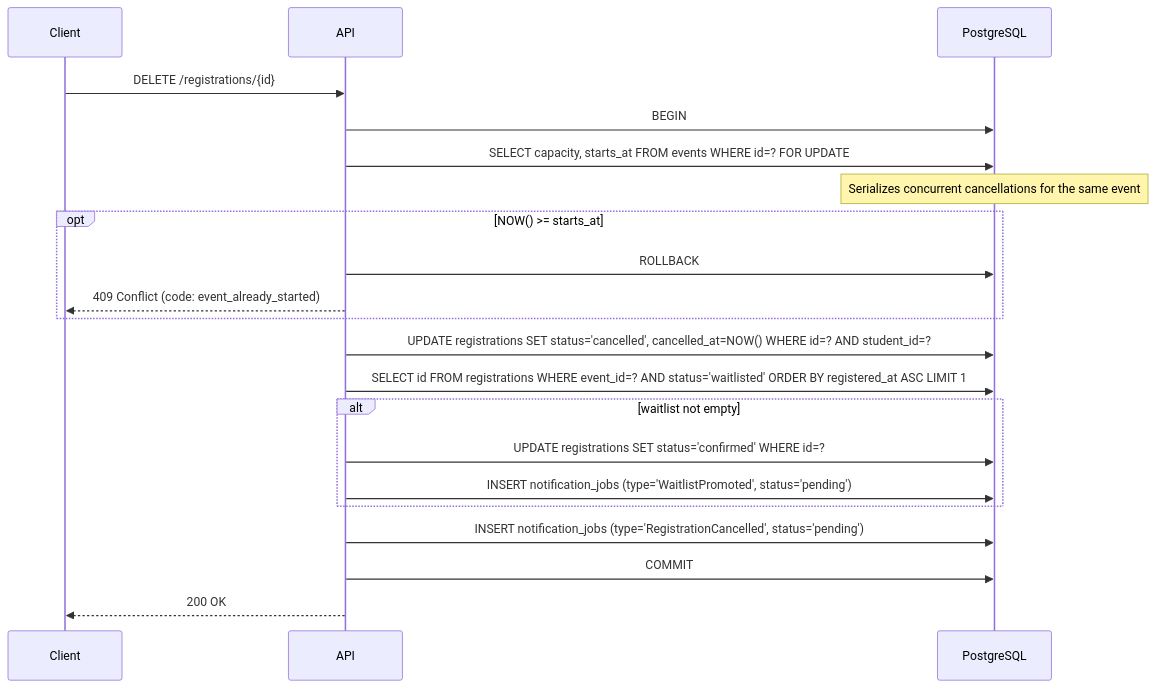
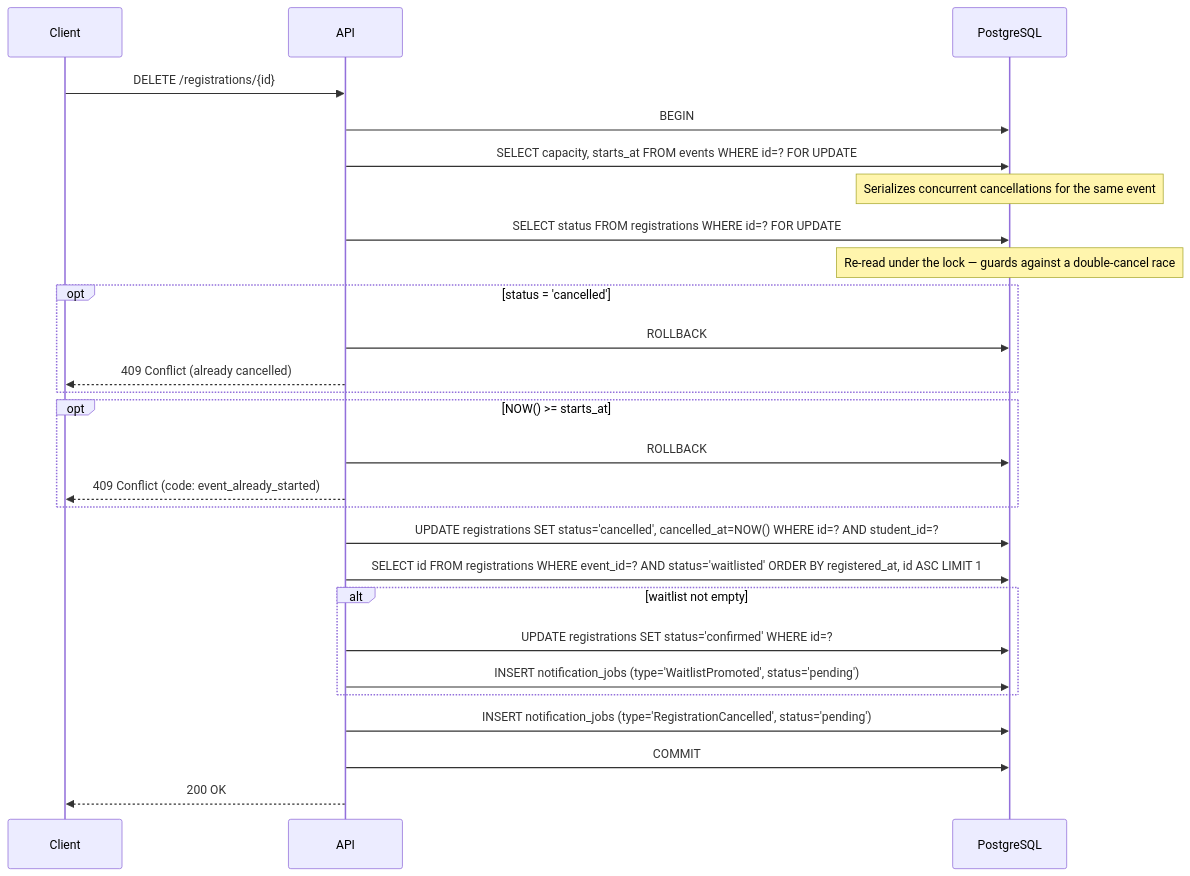
One commit to hefest2026/hefest-docs changed the second of 2 diagrams in docs/architecture/transactions.md. Above: the diagram before and after it, drawn with Mermaid. The commit also changed other lines of this file and 2 other files, not shown here.

First line of the commit message:
docs(architecture): add Challenges & Lessons page; sync transactions doc

````diff
--- a/docs/architecture/transactions.md
+++ b/docs/architecture/transactions.md
@@ -55,24 +55,30 @@
 ```mermaid
 sequenceDiagram
     participant Client
     participant API
     participant PG as PostgreSQL
 
     Client->>API: DELETE /registrations/{id}
     API->>PG: BEGIN
     API->>PG: SELECT capacity, starts_at FROM events WHERE id=? FOR UPDATE
     Note over PG: Serializes concurrent cancellations for the same event
+    API->>PG: SELECT status FROM registrations WHERE id=? FOR UPDATE
+    Note over PG: Re-read under the lock — guards against a double-cancel race
+    opt status = 'cancelled'
+        API->>PG: ROLLBACK
+        API-->>Client: 409 Conflict (already cancelled)
+    end
     opt NOW() >= starts_at
         API->>PG: ROLLBACK
         API-->>Client: 409 Conflict (code: event_already_started)
     end
     API->>PG: UPDATE registrations SET status='cancelled', cancelled_at=NOW() WHERE id=? AND student_id=?
-    API->>PG: SELECT id FROM registrations WHERE event_id=? AND status='waitlisted' ORDER BY registered_at ASC LIMIT 1
+    API->>PG: SELECT id FROM registrations WHERE event_id=? AND status='waitlisted' ORDER BY registered_at, id ASC LIMIT 1
     alt waitlist not empty
         API->>PG: UPDATE registrations SET status='confirmed' WHERE id=?
         API->>PG: INSERT notification_jobs (type='WaitlistPromoted', status='pending')
     end
     API->>PG: INSERT notification_jobs (type='RegistrationCancelled', status='pending')
     API->>PG: COMMIT
     API-->>Client: 200 OK
 ```
````
